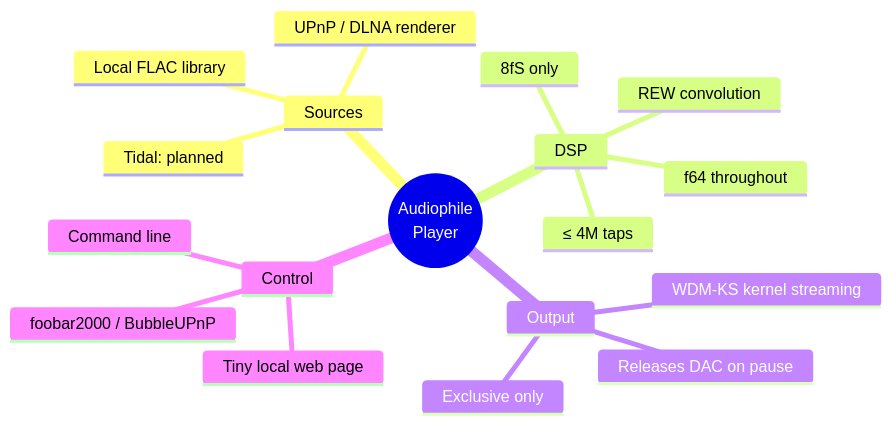
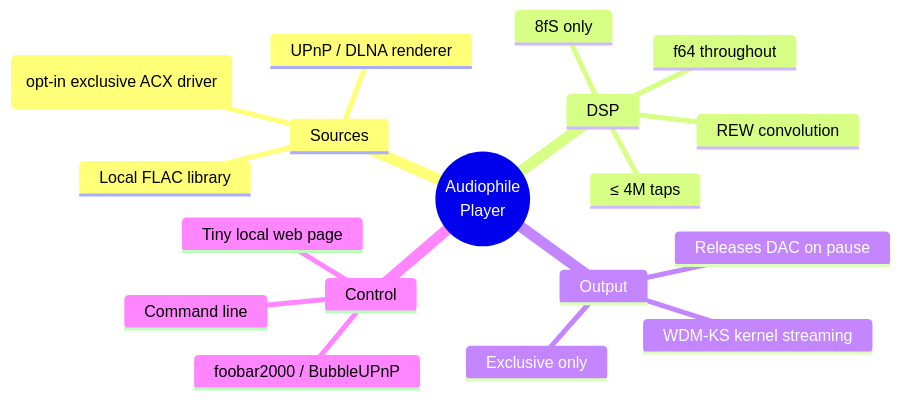
Before and after one commit to androxylo/audiophile_player: the third of 3 diagrams in README.md, drawn with Mermaid. The commit also changed other lines of this file and 17 other files, not shown here.

Commit message:
Release-ready exclusive ACX driver packaging, [capture] config/CLI, and docs

````diff
--- a/README.md
+++ b/README.md
@@ -81,21 +82,21 @@
 ```mermaid
 mindmap
   root((Audiophile<br/>Player))
     Sources
       Local FLAC library
       UPnP / DLNA renderer
-      Tidal: planned
+      Tidal Desktop (opt-in exclusive ACX driver)
     DSP
       f64 throughout
       8fS only
       ≤ 4M taps
       REW convolution
     Output
       WDM-KS kernel streaming
       Exclusive only
       Releases DAC on pause
     Control
       Tiny local web page
       foobar2000 / BubbleUPnP
       Command line
 ```
````
